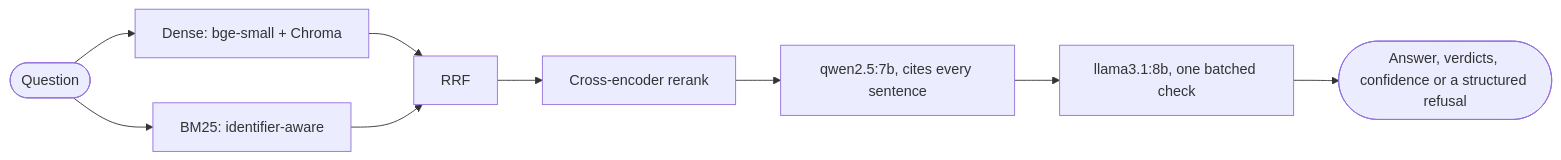
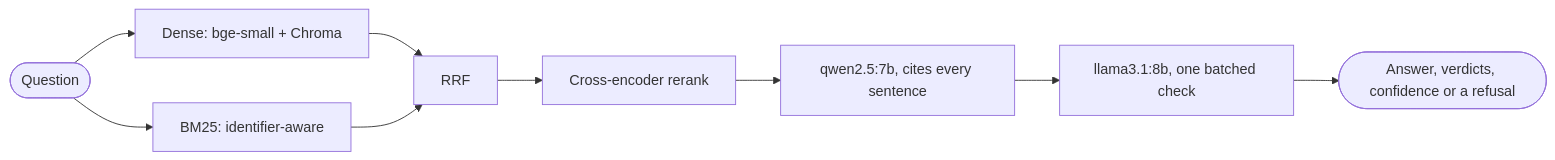
Before and after one commit to pentiumcoder/hy-rag: the diagram in docs/case-study.md, drawn with Mermaid. The commit also changed other lines of this file and 11 other files, not shown here.

````diff
--- a/docs/case-study.md
+++ b/docs/case-study.md
@@ -86,10 +55,10 @@
 ```mermaid
 flowchart LR
     Q([Question]) --> D[Dense: bge-small + Chroma]
     Q --> S[BM25: identifier-aware]
     D --> F[RRF] --> R[Cross-encoder rerank]
     S --> F
     R --> L[qwen2.5:7b, cites every sentence]
     L --> V[llama3.1:8b, one batched check]
-    V --> A([Answer, verdicts, confidence or a structured refusal])
+    V --> A([Answer, verdicts, confidence or a refusal])
 ```
````
